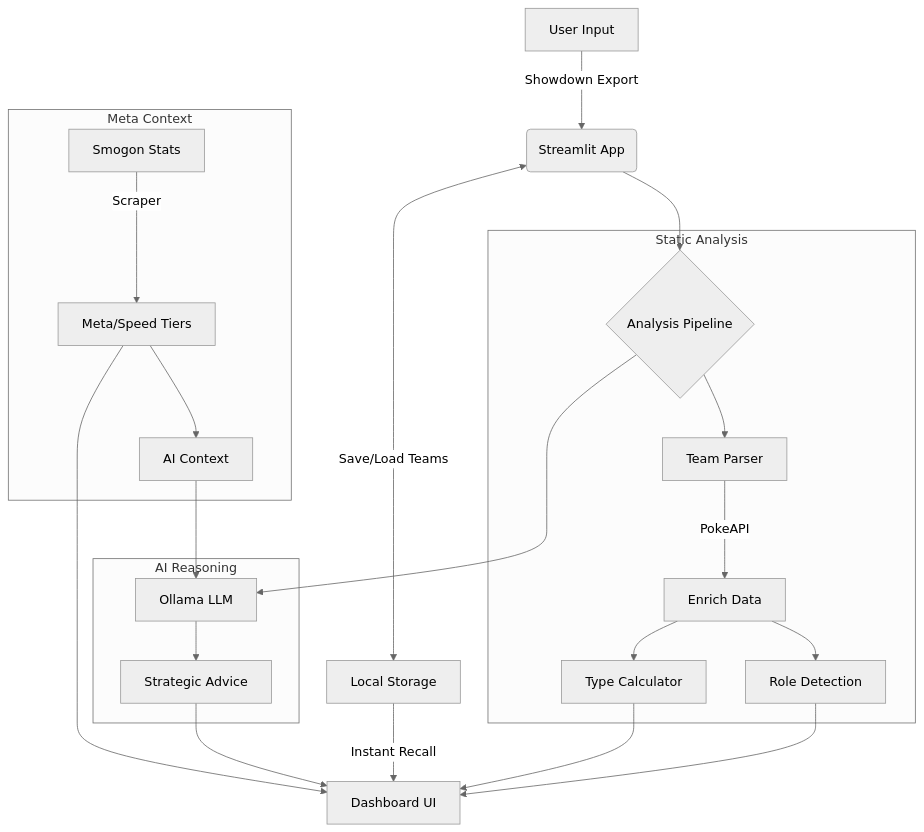
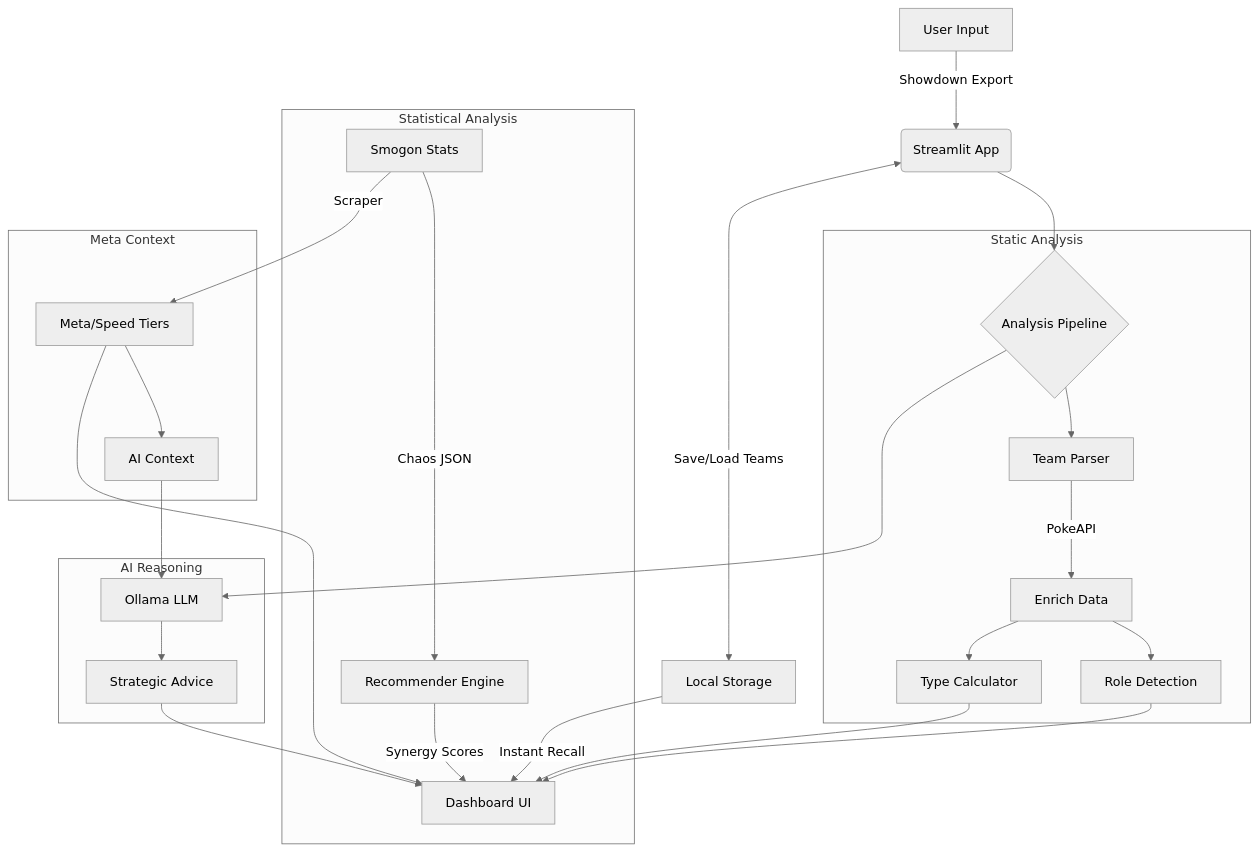
The diagram in README.md (NamikazeAsh/MetaMatch), drawn with Mermaid (neutral theme) before and after one commit. The commit also changed other lines of this file, not shown here.

Commit message:
docs: update features and architecture documentation

````diff
--- a/README.md
+++ b/README.md
@@ -73,30 +77,35 @@
 ```mermaid
 graph TD
     A[User Input] -->|Showdown Export| B(Streamlit App)
     B --> C{Analysis Pipeline}
     B <-->|Save/Load Teams| S[Local Storage]
     
     subgraph "Static Analysis"
     C --> D[Team Parser]
     D -->|PokeAPI| E[Enrich Data]
     E --> F[Role Detection]
     E --> G[Type Calculator]
     end
     
+    subgraph "Statistical Analysis"
+    H[Smogon Stats] -->|Chaos JSON| R[Recommender Engine]
+    R -->|Synergy Scores| M[Dashboard UI]
+    end
+    
     subgraph "Meta Context"
-    H[Smogon Stats] -->|Scraper| I[Meta/Speed Tiers]
+    H -->|Scraper| I[Meta/Speed Tiers]
     I --> J[AI Context]
     end
     
     subgraph "AI Reasoning"
     C --> K[Ollama LLM]
     J --> K
     K --> L[Strategic Advice]
     end
     
-    F --> M[Dashboard UI]
+    F --> M
     G --> M
     L --> M
     I --> M
     S -->|Instant Recall| M
 ```
````
